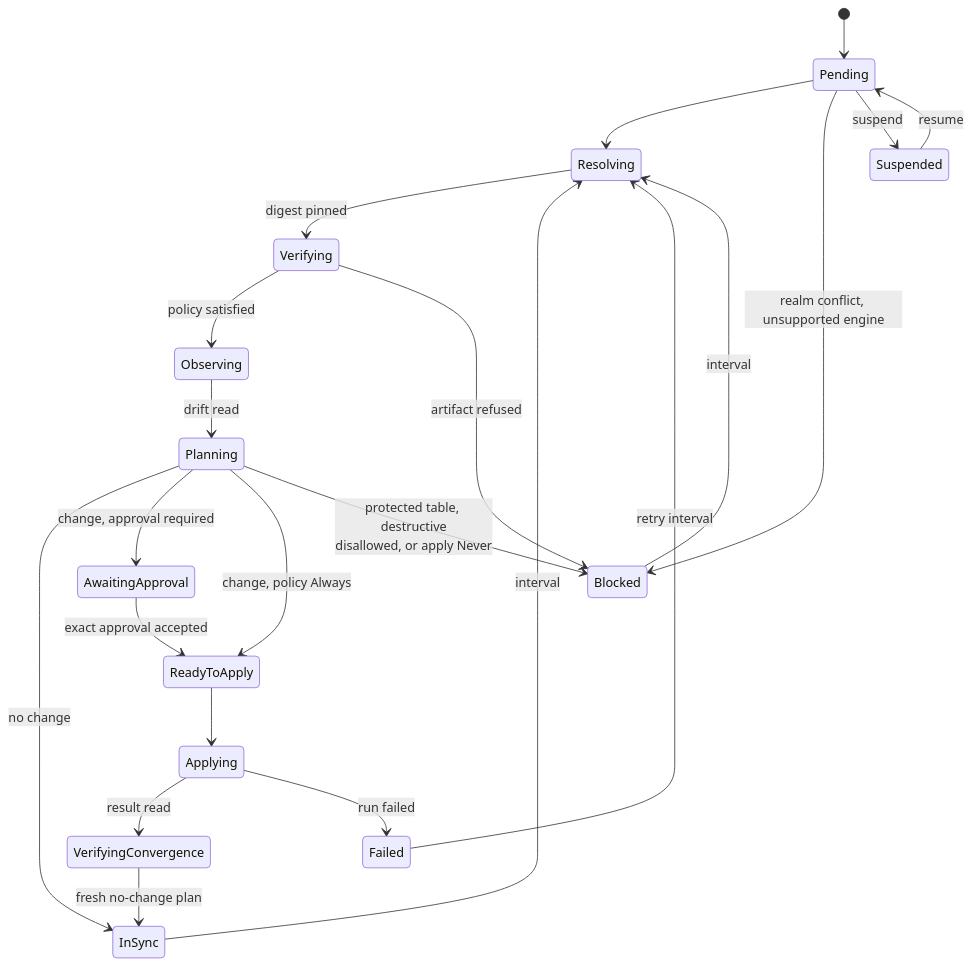
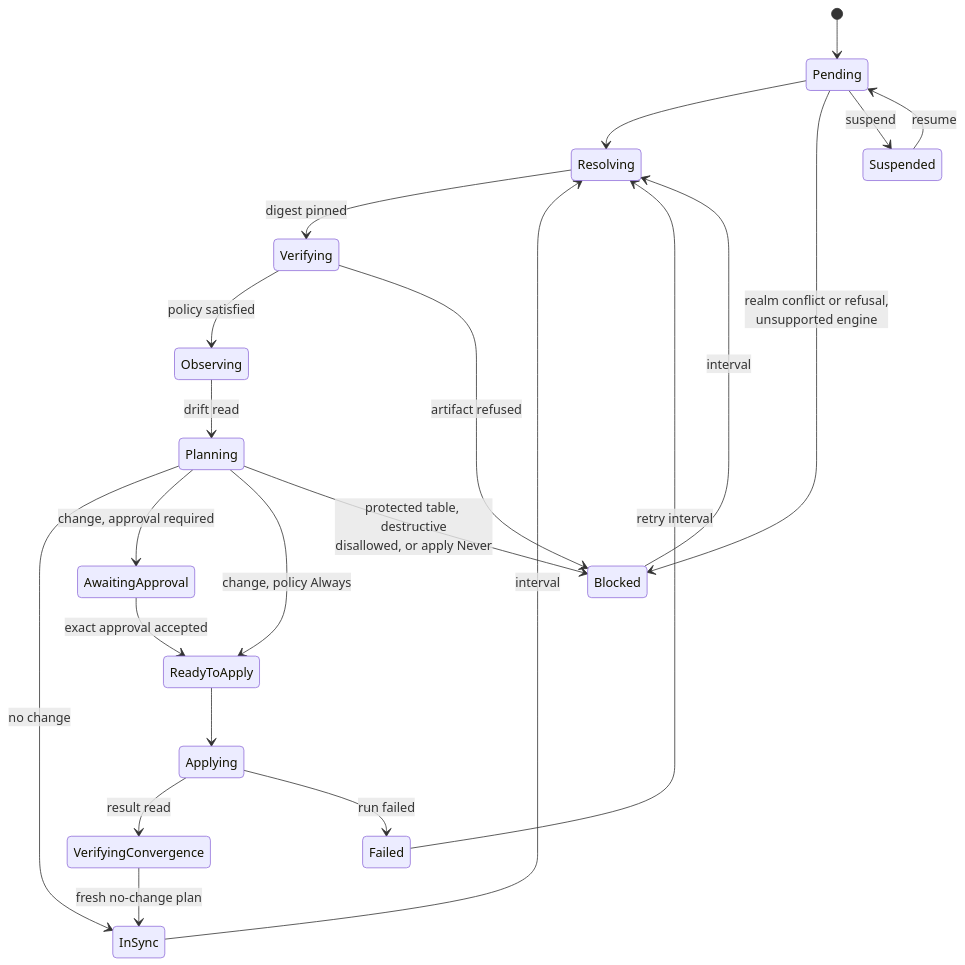
The first of 2 diagrams in docs/site/src/content/docs/reference/reconciliation.md (stokaro/ptah-operator), drawn with Mermaid before and after one commit. The commit also changed other lines of this file and 103 other files, not shown here.

````diff
--- a/docs/site/src/content/docs/reference/reconciliation.md
+++ b/docs/site/src/content/docs/reference/reconciliation.md
@@ -14,24 +14,24 @@
 ```mermaid
 stateDiagram-v2
   [*] --> Pending
   Pending --> Resolving
   Resolving --> Verifying: digest pinned
   Verifying --> Observing: policy satisfied
   Observing --> Planning: drift read
   Planning --> InSync: no change
   Planning --> AwaitingApproval: change, approval required
   Planning --> ReadyToApply: change, policy Always
   AwaitingApproval --> ReadyToApply: exact approval accepted
   ReadyToApply --> Applying
   Applying --> VerifyingConvergence: result read
   VerifyingConvergence --> InSync: fresh no-change plan
   InSync --> Resolving: interval
   Blocked --> Resolving: interval
   Verifying --> Blocked: artifact refused
   Planning --> Blocked: protected table, destructive<br/>disallowed, or apply Never
-  Pending --> Blocked: realm conflict, unsupported engine
+  Pending --> Blocked: realm conflict or refusal,<br/>unsupported engine
   Applying --> Failed: run failed
   Failed --> Resolving: retry interval
   Pending --> Suspended: suspend
   Suspended --> Pending: resume
 ```
````
